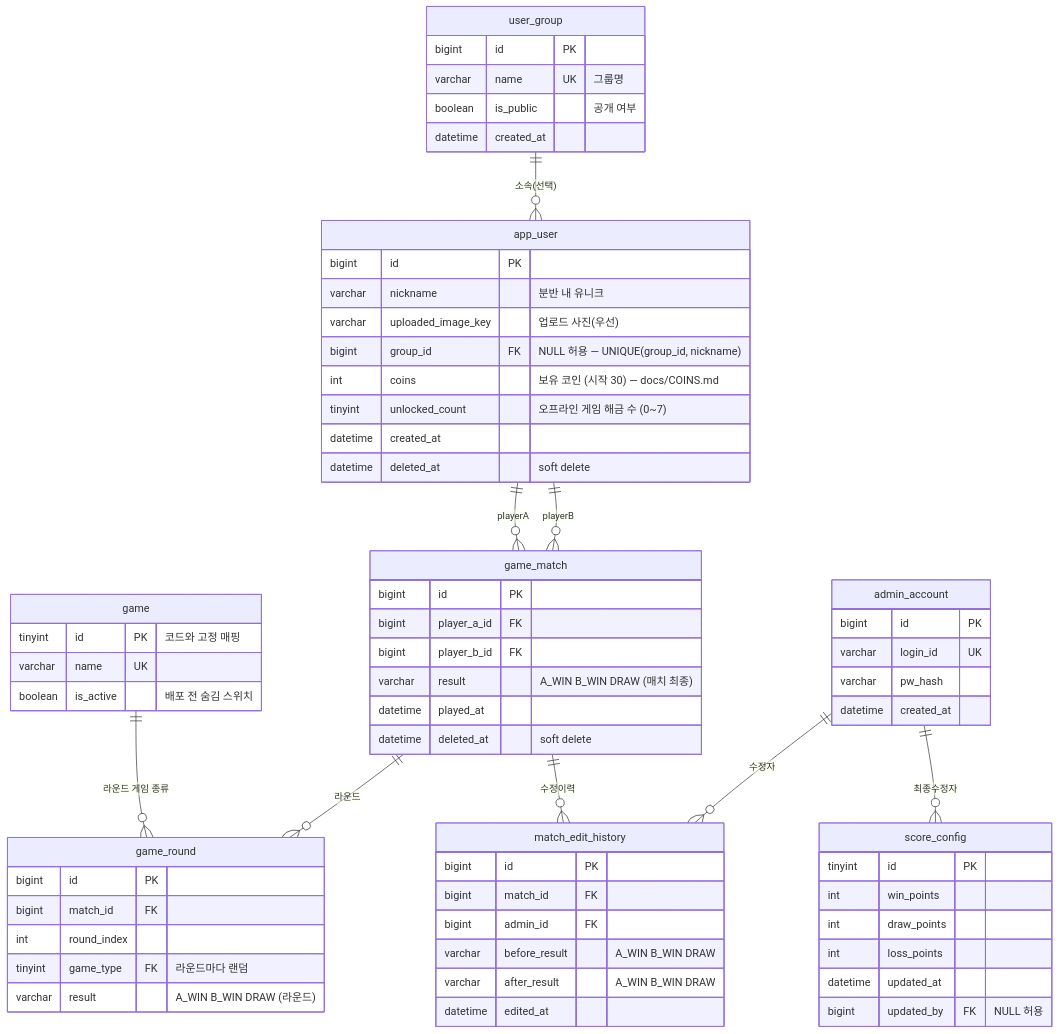
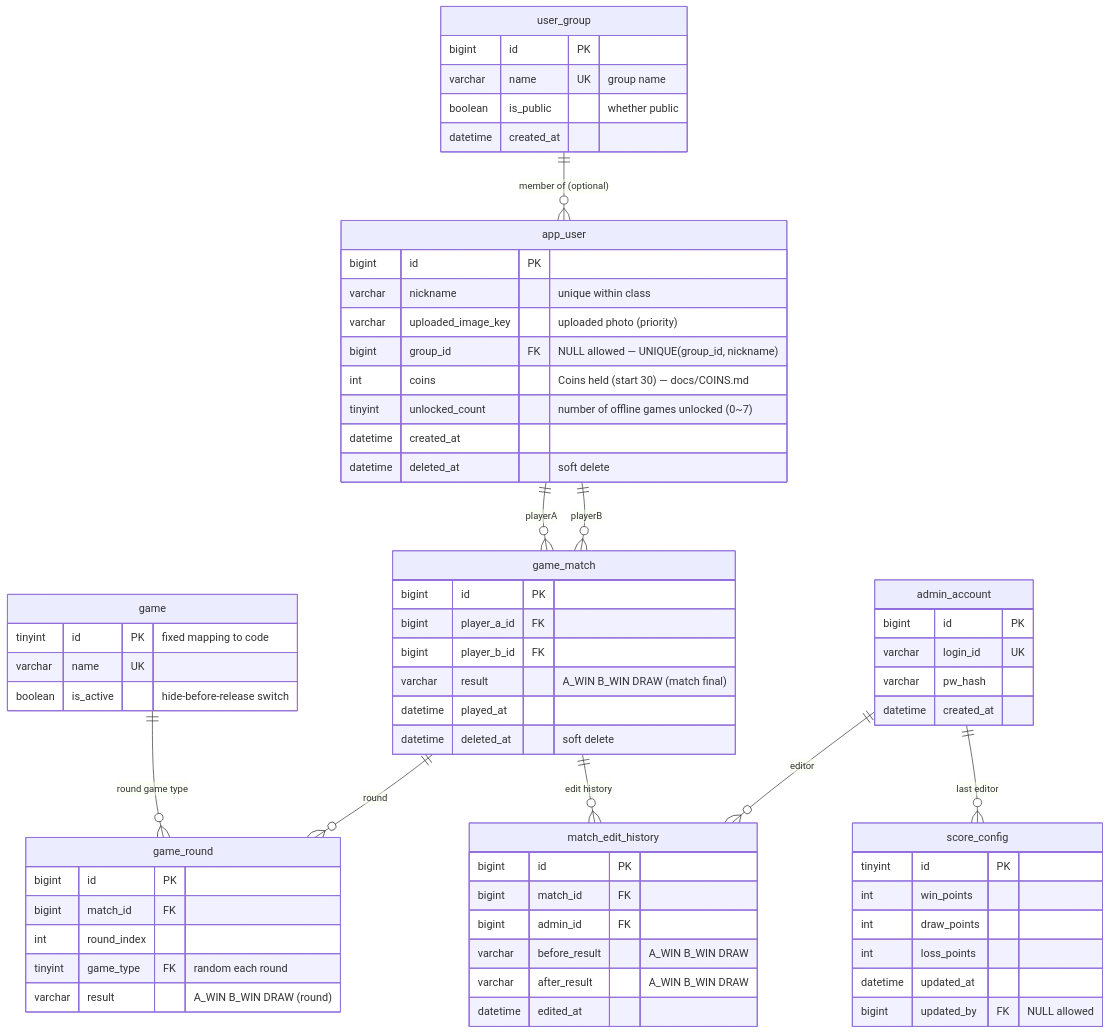
The diagram in docs/ERD.md (madcamp-official/26s-w1-c1-07), drawn with Mermaid before and after one commit. The commit also changed other lines of this file and 156 other files, not shown here.

````diff
--- a/docs/ERD.md
+++ b/docs/ERD.md
@@ -38,70 +38,70 @@
 ```mermaid
 erDiagram
-    user_group ||--o{ app_user : "소속(선택)"
-    game ||--o{ game_round : "라운드 게임 종류"
-    game_match ||--o{ game_round : "라운드"
+    user_group ||--o{ app_user : "member of (optional)"
+    game ||--o{ game_round : "round game type"
+    game_match ||--o{ game_round : "round"
     app_user ||--o{ game_match : "playerA"
     app_user ||--o{ game_match : "playerB"
-    game_match ||--o{ match_edit_history : "수정이력"
-    admin_account ||--o{ match_edit_history : "수정자"
-    admin_account ||--o{ score_config : "최종수정자"
+    game_match ||--o{ match_edit_history : "edit history"
+    admin_account ||--o{ match_edit_history : "editor"
+    admin_account ||--o{ score_config : "last editor"
 
     game {
-        tinyint id PK "코드와 고정 매핑"
+        tinyint id PK "fixed mapping to code"
         varchar name UK
-        boolean is_active "배포 전 숨김 스위치"
+        boolean is_active "hide-before-release switch"
     }
     user_group {
         bigint id PK
-        varchar name UK "그룹명"
-        boolean is_public "공개 여부"
+        varchar name UK "group name"
+        boolean is_public "whether public"
         datetime created_at
     }
     app_user {
         bigint id PK
-        varchar nickname "분반 내 유니크"
-        varchar uploaded_image_key "업로드 사진(우선)"
-        bigint group_id FK "NULL 허용 — UNIQUE(group_id, nickname)"
-        int coins "보유 코인 (시작 30) — docs/COINS.md"
-        tinyint unlocked_count "오프라인 게임 해금 수 (0~7)"
+        varchar nickname "unique within class"
+        varchar uploaded_image_key "uploaded photo (priority)"
+        bigint group_id FK "NULL allowed — UNIQUE(group_id, nickname)"
+        int coins "Coins held (start 30) — docs/COINS.md"
+        tinyint unlocked_count "number of offline games unlocked (0~7)"
         datetime created_at
         datetime deleted_at "soft delete"
     }
     admin_account {
         bigint id PK
         varchar login_id UK
         varchar pw_hash
         datetime created_at
     }
     game_match {
         bigint id PK
         bigint player_a_id FK
         bigint player_b_id FK
-        varchar result "A_WIN B_WIN DRAW (매치 최종)"
+        varchar result "A_WIN B_WIN DRAW (match final)"
         datetime played_at
         datetime deleted_at "soft delete"
     }
     game_round {
         bigint id PK
         bigint match_id FK
         int round_index
-        tinyint game_type FK "라운드마다 랜덤"
-        varchar result "A_WIN B_WIN DRAW (라운드)"
+        tinyint game_type FK "random each round"
+        varchar result "A_WIN B_WIN DRAW (round)"
     }
     match_edit_history {
         bigint id PK
         bigint match_id FK
         bigint admin_id FK
         varchar before_result "A_WIN B_WIN DRAW"
         varchar after_result "A_WIN B_WIN DRAW"
         datetime edited_at
     }
     score_config {
         tinyint id PK
         int win_points
         int draw_points
         int loss_points
         datetime updated_at
-        bigint updated_by FK "NULL 허용"
+        bigint updated_by FK "NULL allowed"
     }
 ```
````
